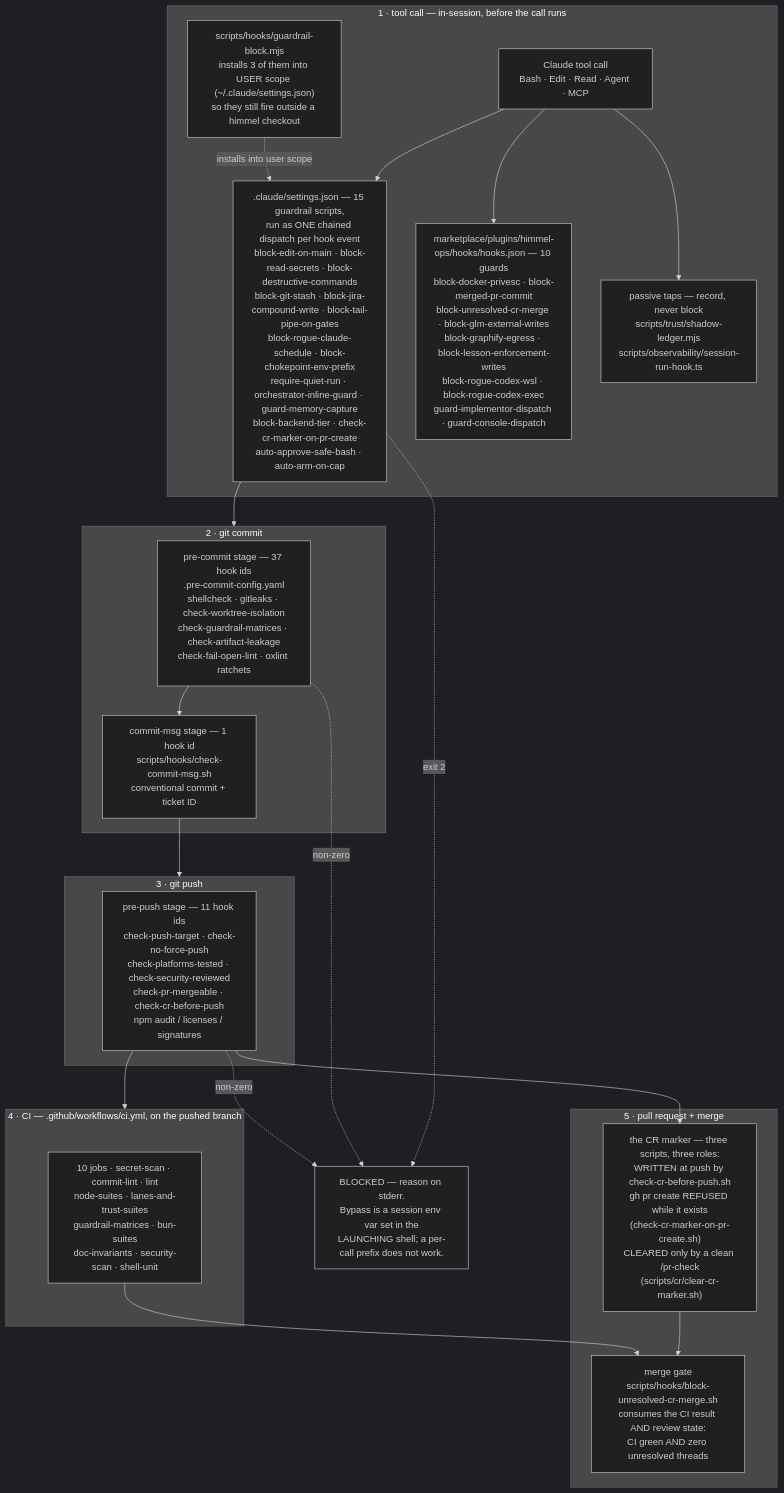
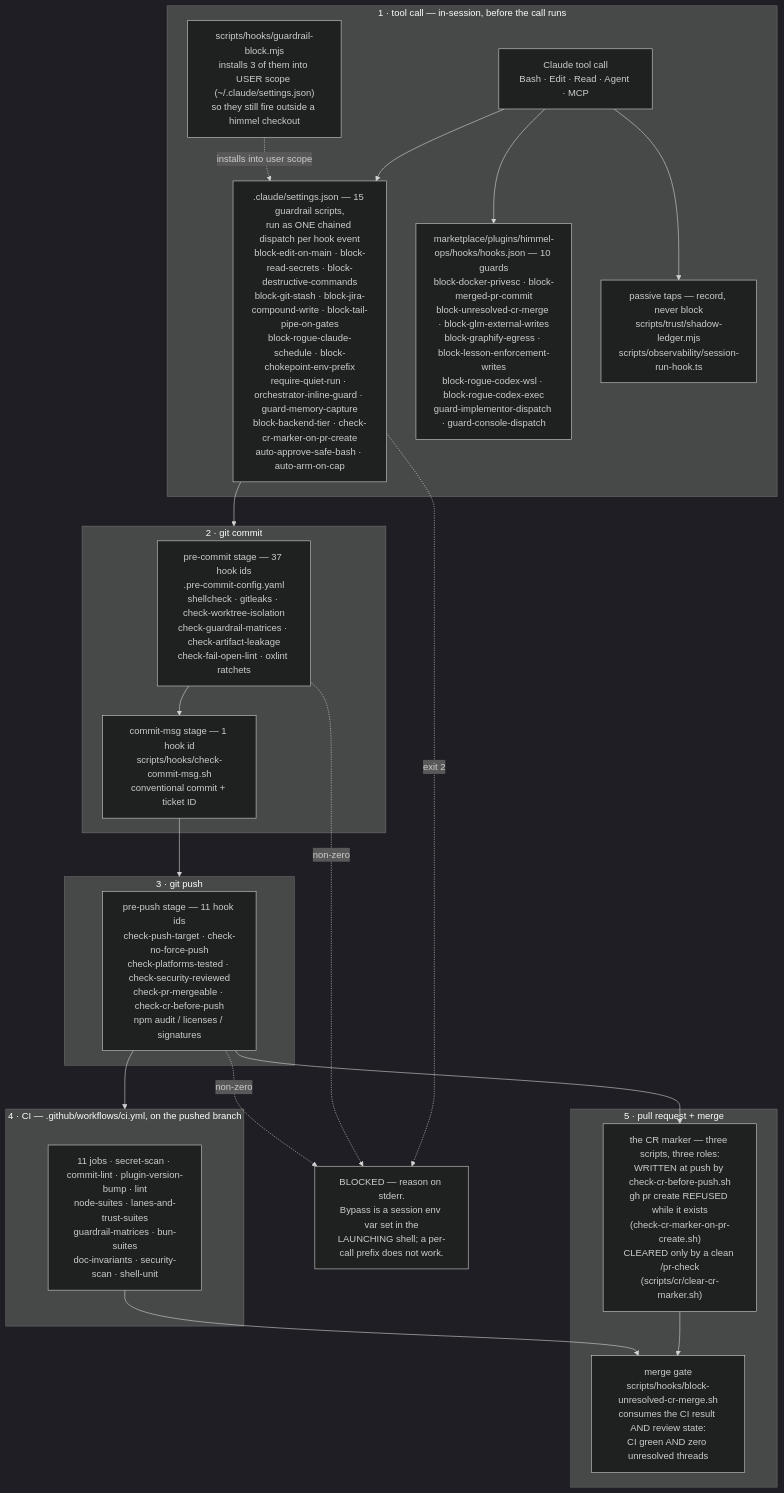
The first of 5 diagrams in docs/architecture.md (Goomal/Himmel), drawn with Mermaid (dark theme) before and after one commit. The commit also changed 14 other files, not shown here.

First line of the commit message:
fix(marketplace): [HIMMEL-3551] bump stale plugin versions; require a bump (#1208)

````diff
--- a/docs/architecture.md
+++ b/docs/architecture.md
@@ -31,44 +31,44 @@
 ```mermaid
 flowchart TD
     subgraph S1["1 · tool call — in-session, before the call runs"]
         TC["Claude tool call<br/>Bash · Edit · Read · Agent · MCP"]
         H1[".claude/settings.json — 15 guardrail scripts,<br/>run as ONE chained dispatch per hook event<br/>block-edit-on-main · block-read-secrets · block-destructive-commands<br/>block-git-stash · block-jira-compound-write · block-tail-pipe-on-gates<br/>block-rogue-claude-schedule · block-chokepoint-env-prefix<br/>require-quiet-run · orchestrator-inline-guard · guard-memory-capture<br/>block-backend-tier · check-cr-marker-on-pr-create<br/>auto-approve-safe-bash · auto-arm-on-cap"]
         H2["marketplace/plugins/himmel-ops/hooks/hooks.json — 10 guards<br/>block-docker-privesc · block-merged-pr-commit<br/>block-unresolved-cr-merge · block-glm-external-writes<br/>block-graphify-egress · block-lesson-enforcement-writes<br/>block-rogue-codex-wsl · block-rogue-codex-exec<br/>guard-implementor-dispatch · guard-console-dispatch"]
         H3["scripts/hooks/guardrail-block.mjs<br/>installs 3 of them into USER scope (~/.claude/settings.json)<br/>so they still fire outside a himmel checkout"]
         H4["passive taps — record, never block<br/>scripts/trust/shadow-ledger.mjs<br/>scripts/observability/session-run-hook.ts"]
         TC --> H1
         TC --> H2
         TC --> H4
         H3 -.->|"installs into user scope"| H1
     end
 
     subgraph S2["2 · git commit"]
         PC["pre-commit stage — 37 hook ids<br/>.pre-commit-config.yaml<br/>shellcheck · gitleaks · check-worktree-isolation<br/>check-guardrail-matrices · check-artifact-leakage<br/>check-fail-open-lint · oxlint ratchets"]
         CM["commit-msg stage — 1 hook id<br/>scripts/hooks/check-commit-msg.sh<br/>conventional commit + ticket ID"]
         PC --> CM
     end
 
     subgraph S3["3 · git push"]
         PP["pre-push stage — 11 hook ids<br/>check-push-target · check-no-force-push<br/>check-platforms-tested · check-security-reviewed<br/>check-pr-mergeable · check-cr-before-push<br/>npm audit / licenses / signatures"]
     end
 
     subgraph S4["4 · CI — .github/workflows/ci.yml, on the pushed branch"]
-        CI["10 jobs · secret-scan · commit-lint · lint<br/>node-suites · lanes-and-trust-suites<br/>guardrail-matrices · bun-suites<br/>doc-invariants · security-scan · shell-unit"]
+        CI["11 jobs · secret-scan · commit-lint · plugin-version-bump · lint<br/>node-suites · lanes-and-trust-suites<br/>guardrail-matrices · bun-suites<br/>doc-invariants · security-scan · shell-unit"]
     end
 
     subgraph S5["5 · pull request + merge"]
         CR["the CR marker — three scripts, three roles:<br/>WRITTEN at push by check-cr-before-push.sh<br/>gh pr create REFUSED while it exists<br/>(check-cr-marker-on-pr-create.sh)<br/>CLEARED only by a clean /pr-check<br/>(scripts/cr/clear-cr-marker.sh)"]
         MG["merge gate<br/>scripts/hooks/block-unresolved-cr-merge.sh<br/>consumes the CI result AND review state:<br/>CI green AND zero unresolved threads"]
         CR --> MG
     end
 
     H1 --> S2
     CM --> S3
     PP --> S4
     PP --> CR
     CI --> MG
 
     H1 -.->|"exit 2"| BLOCK["BLOCKED — reason on stderr.<br/>Bypass is a session env var set in the<br/>LAUNCHING shell; a per-call prefix does not work."]
     PC -.->|"non-zero"| BLOCK
     PP -.->|"non-zero"| BLOCK
 ```
````
